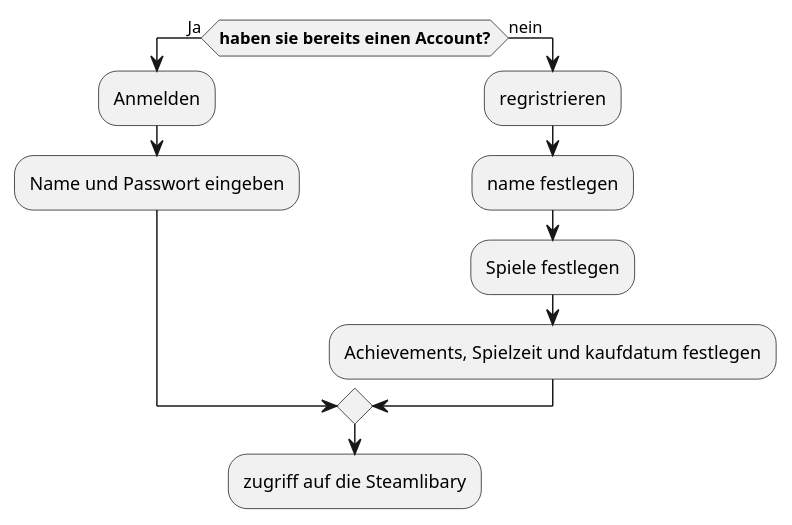
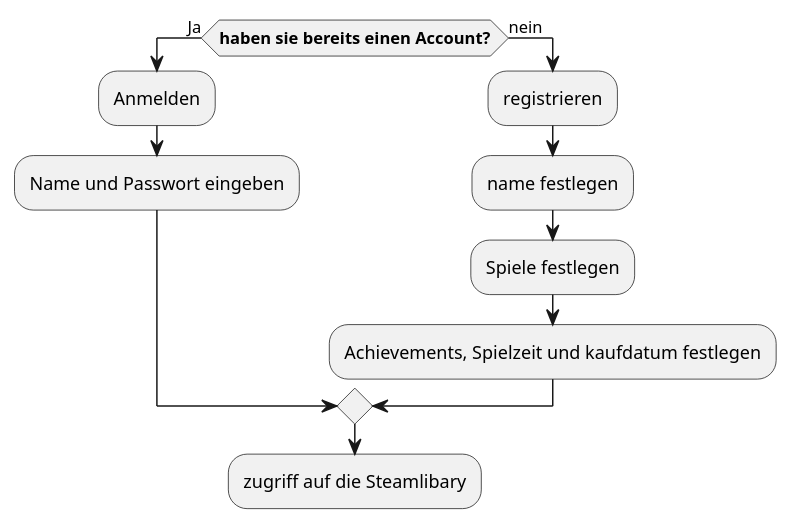
Before and after one commit to HEBK-BGM/Verwaltungssoftware_Team_3_TestGIt: the diagram in Docs/Pflichtenheft/Diagramme/Aktivitätsdiagram.iuml, drawn with PlantUML. The commit also changed 3 other files, not shown here.

Commit message:
1 2 schreibfehler behoben und diagramm angepasst

```diff
--- a/Docs/Pflichtenheft/Diagramme/Aktivitätsdiagram.iuml
+++ b/Docs/Pflichtenheft/Diagramme/Aktivitätsdiagram.iuml
@@ -1,14 +1,14 @@
 @startuml
 if (**haben sie bereits einen Account?**) then (Ja)
 :Anmelden;
 :Name und Passwort eingeben;
 else (nein)
-:regristrieren;
+:registrieren;
 :name festlegen;
 :Spiele festlegen;
 :Achievements, Spielzeit und kaufdatum festlegen;
 endif
 :zugriff auf die Steamlibary;
 
 
 @enduml
```
